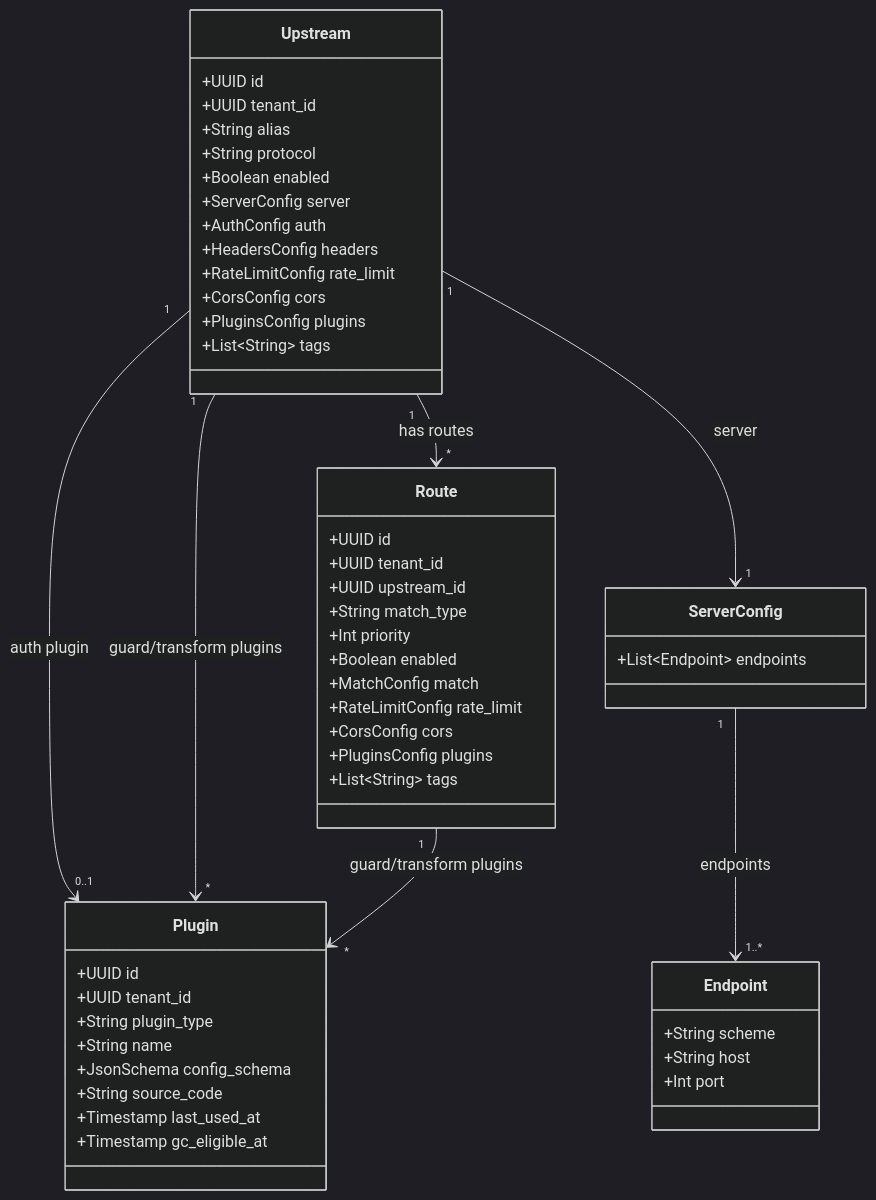
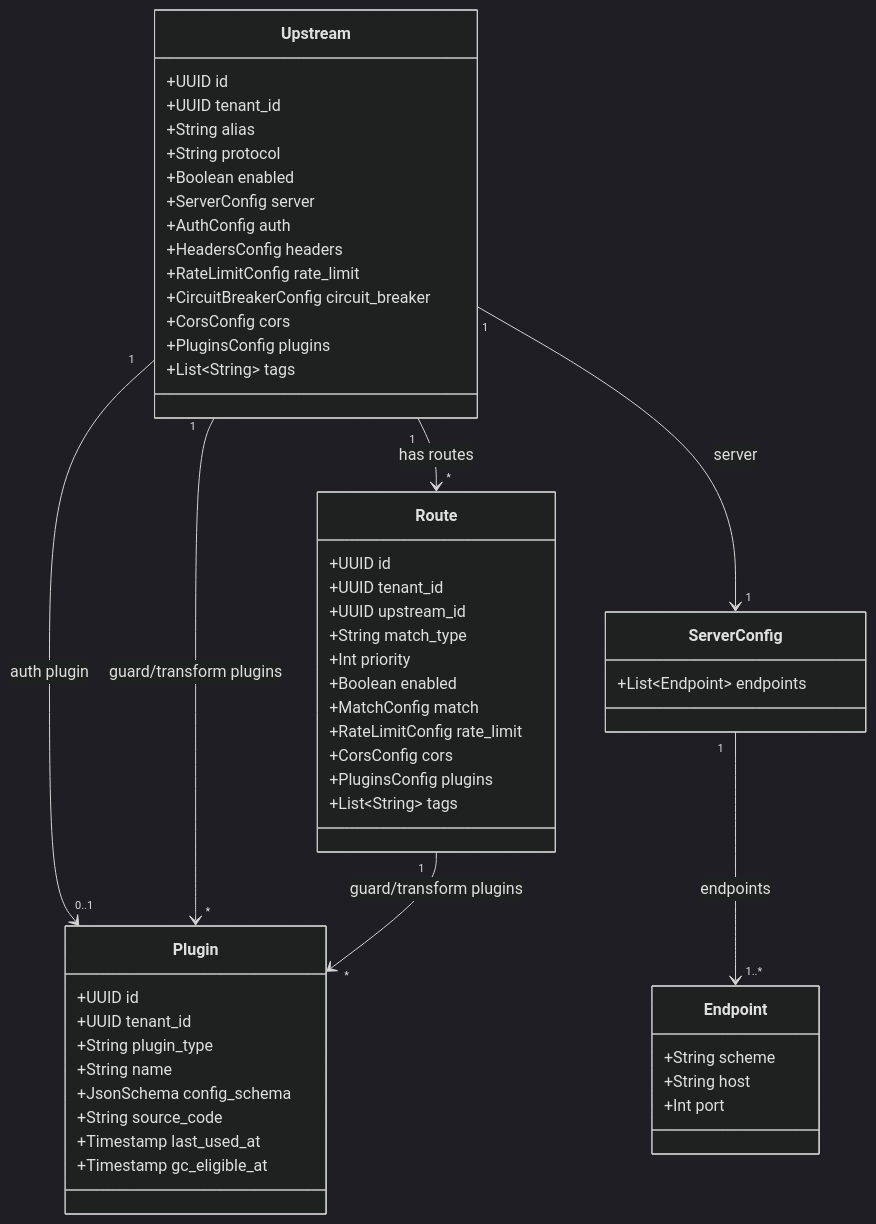
Before and after one commit to constructorfabric/gears-rust: the second of 3 diagrams in gears/system/oagw/docs/DESIGN.md, drawn with Mermaid (dark theme). The commit also changed other lines of this file and 68 other files, not shown here.

First line of the commit message:
feat(oagw): per-upstream circuit breaker

````diff
--- a/gears/system/oagw/docs/DESIGN.md
+++ b/gears/system/oagw/docs/DESIGN.md
@@ -193,55 +193,56 @@
 ```mermaid
 classDiagram
     class Upstream {
         +UUID id
         +UUID tenant_id
         +String alias
         +String protocol
         +Boolean enabled
         +ServerConfig server
         +AuthConfig auth
         +HeadersConfig headers
         +RateLimitConfig rate_limit
+        +CircuitBreakerConfig circuit_breaker
         +CorsConfig cors
         +PluginsConfig plugins
         +List~String~ tags
     }
     class Route {
         +UUID id
         +UUID tenant_id
         +UUID upstream_id
         +String match_type
         +Int priority
         +Boolean enabled
         +MatchConfig match
         +RateLimitConfig rate_limit
         +CorsConfig cors
         +PluginsConfig plugins
         +List~String~ tags
     }
     class Plugin {
         +UUID id
         +UUID tenant_id
         +String plugin_type
         +String name
         +JsonSchema config_schema
         +String source_code
         +Timestamp last_used_at
         +Timestamp gc_eligible_at
     }
     class ServerConfig {
         +List~Endpoint~ endpoints
     }
     class Endpoint {
         +String scheme
         +String host
         +Int port
     }
 
     Upstream "1" --> "*" Route : has routes
     Upstream "1" --> "0..1" Plugin : auth plugin
     Upstream "1" --> "*" Plugin : guard/transform plugins
     Route "1" --> "*" Plugin : guard/transform plugins
     ServerConfig "1" --> "1..*" Endpoint : endpoints
     Upstream "1" --> "1" ServerConfig : server
 ```
````
